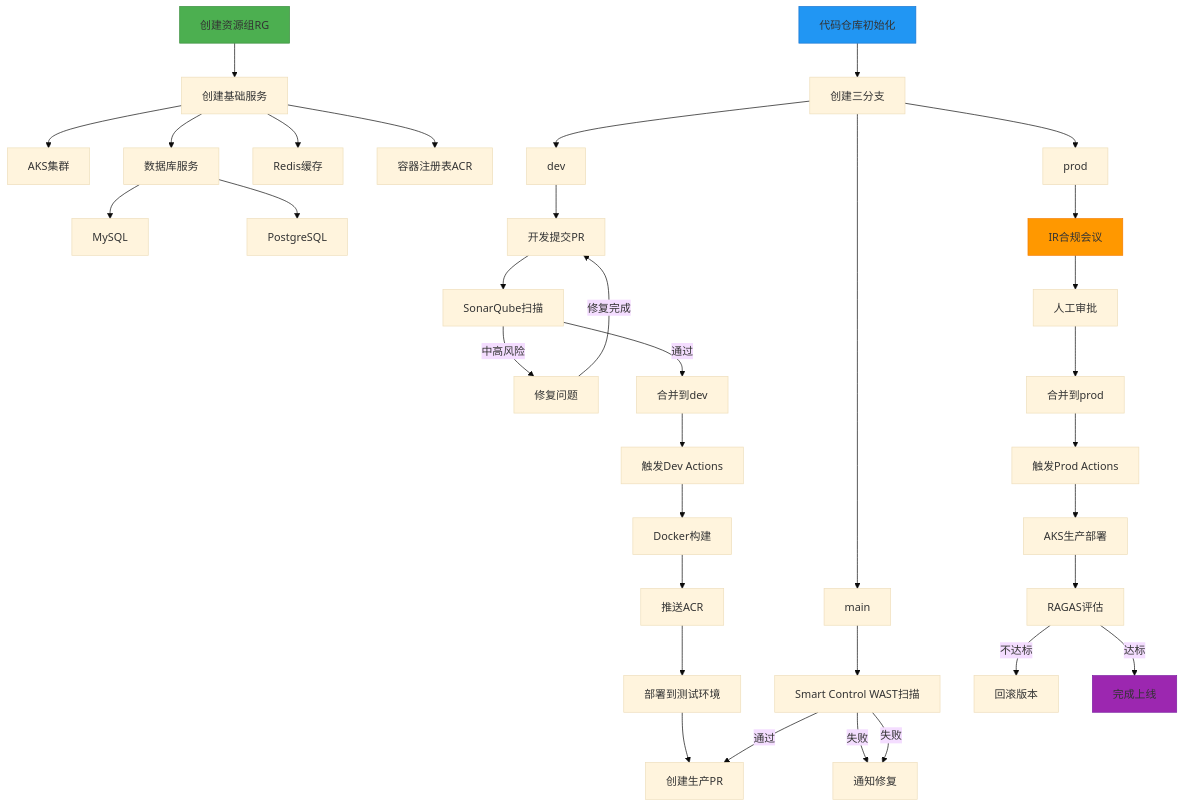
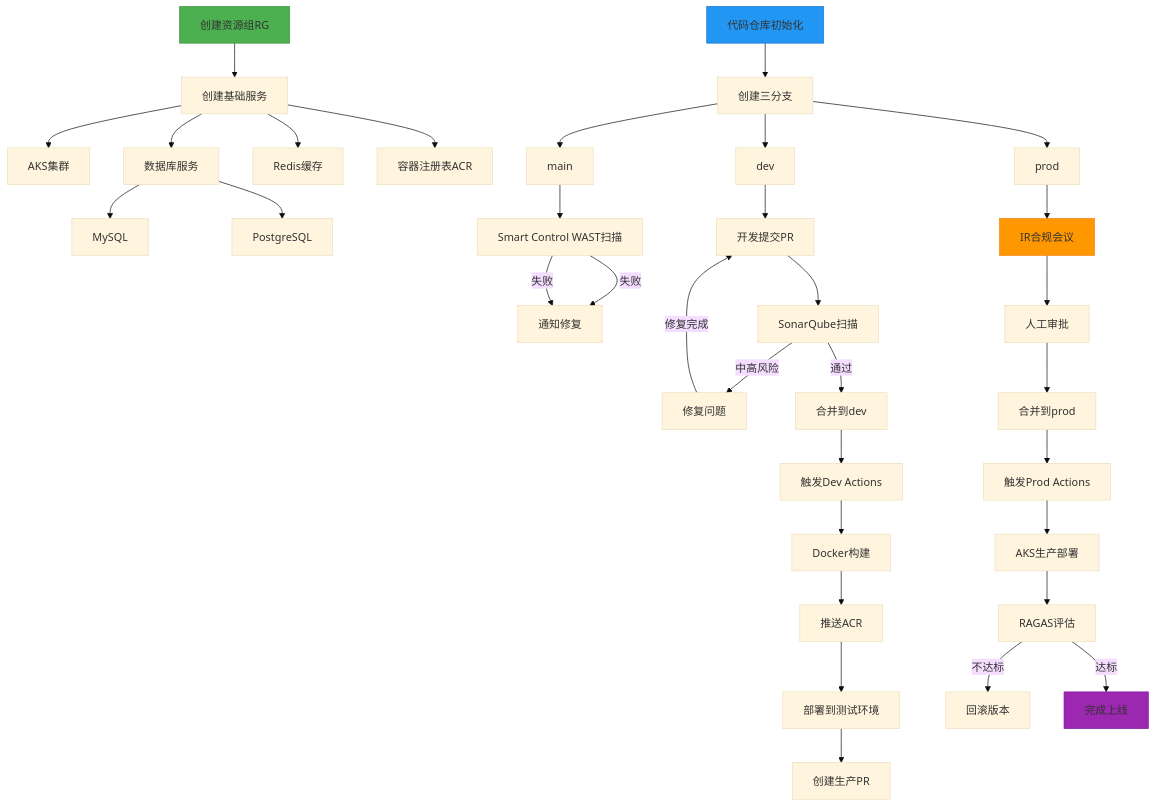
The diagram in all/未命名-1.md (funnyData/iodraw-files), drawn with Mermaid (base theme) before and after one commit.

Commit message:
2025-02-27 09:14:26 update

````diff
--- a/all/未命名-1.md
+++ b/all/未命名-1.md
@@ -1,56 +1,56 @@
 ```mermaid
 graph TD
     A[创建资源组RG] --> B[创建基础服务]
     B --> C[AKS集群]
     B --> D[数据库服务]
     D --> DA[MySQL]
     D --> DB[PostgreSQL]
     B --> E[Redis缓存]
     B --> F[容器注册表ACR]
     
     G[代码仓库初始化] --> H[创建三分支]
     H --> I[dev]
     H --> J[main]
     H --> K[prod]
     K --> W[IR合规会议]
     J --> T[Smart Control WAST扫描]
     T -->|失败| U[通知修复]
     I --> L[开发提交PR]
     L --> M[SonarQube扫描]
     M -->|中高风险| N[修复问题]
     N -->|修复完成|L
     M -->|通过| O[合并到dev]
     
     O --> P[触发Dev Actions]
     P --> Q[Docker构建]
     Q --> R[推送ACR]
     R --> S[部署到测试环境]
     S -->V[创建生产PR]
 
     
     %% S --> T[Smart Control WAST扫描]
     T -->|失败| U[通知修复]
 
     
-    T -->|通过| V[创建生产PR]
+   
 
     
     %% V --> W[IR合规会议]
     W --> X[人工审批]
     X --> Y[合并到prod]
     
     Y --> Z[触发Prod Actions]
     Z --> AC[AKS生产部署]
     %% Z --> AA[安全扫描]
     %% AA -->|高风险| AB[终止部署]
     %% AA -->|通过| AC[AKS生产部署]
     
     AC --> AD[RAGAS评估]
     AD -->|不达标| AE[回滚版本]
     AD -->|达标| AF[完成上线]
     
     style A fill:#4CAF50,stroke:#388E3C
     style G fill:#2196F3,stroke:#1976D2
     style W fill:#FF9800,stroke:#F57C00
     style AF fill:#9C27B0,stroke:#7B1FA2
 ```
````
